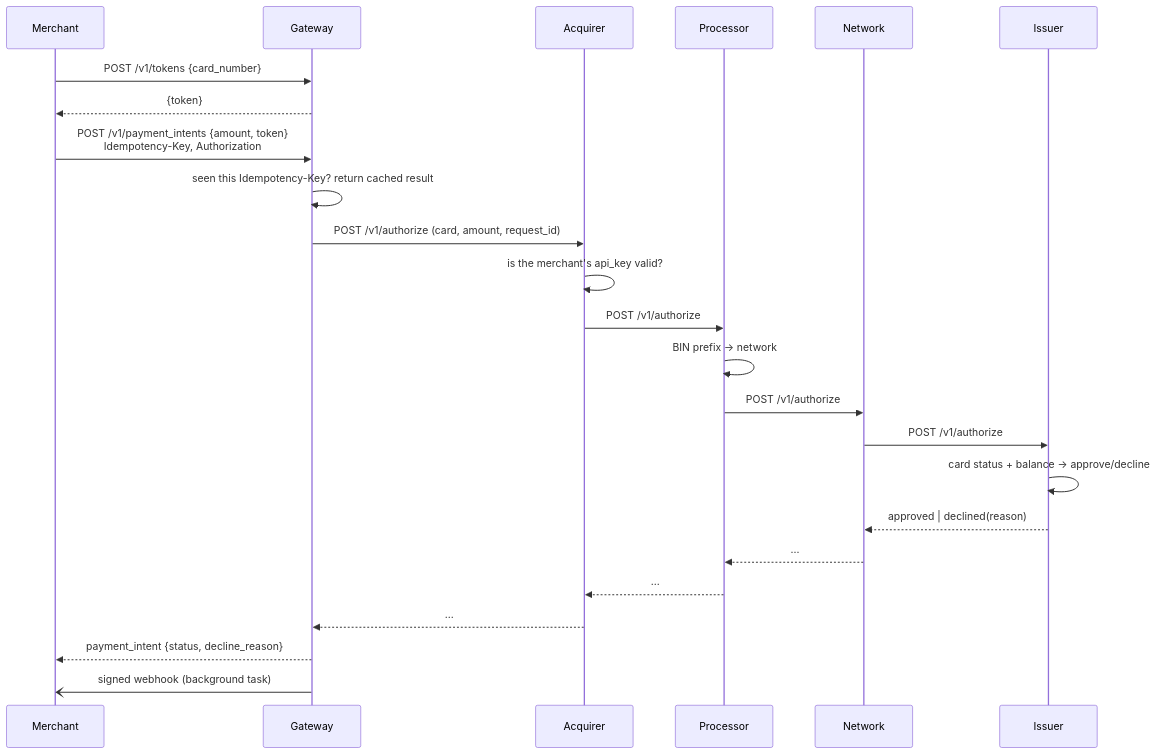
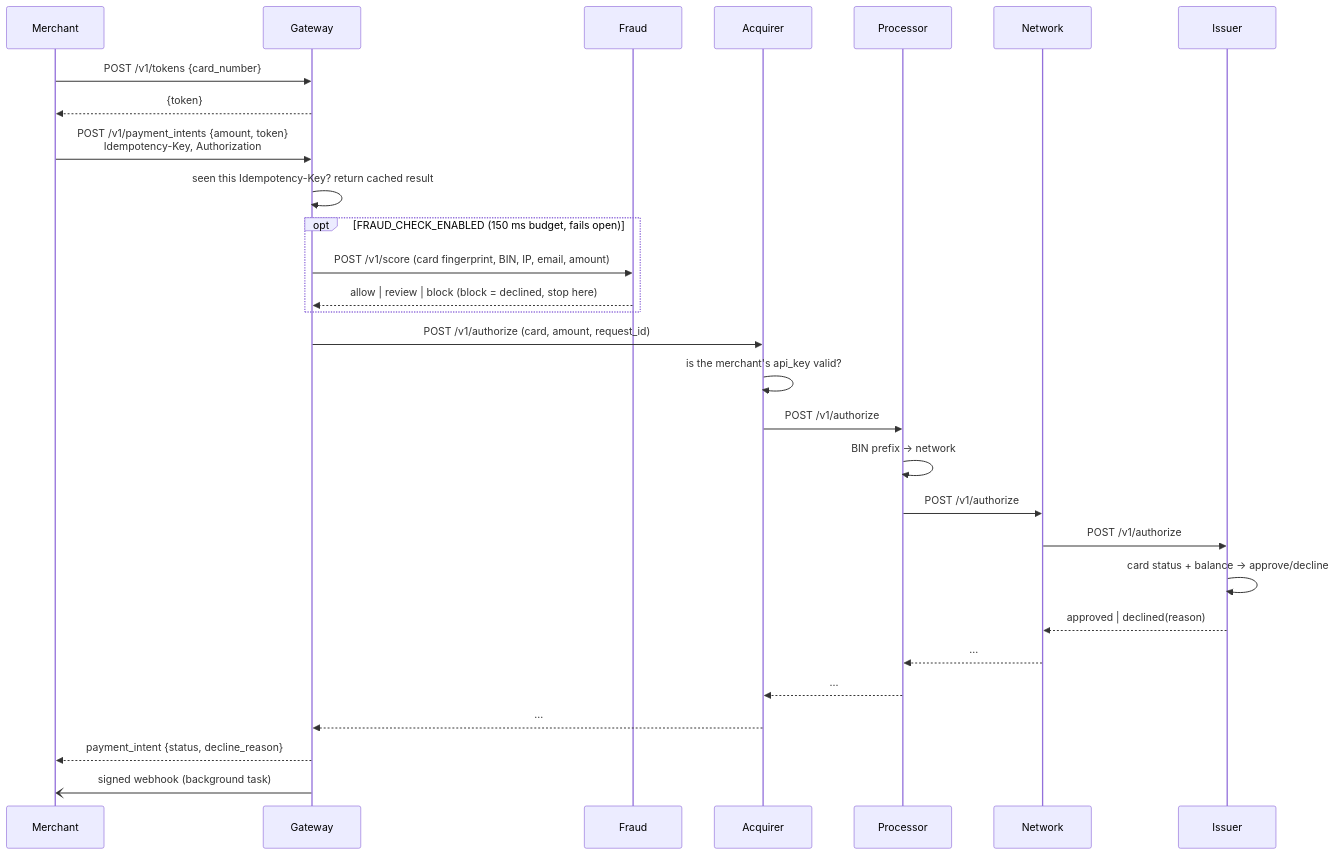
Before and after one commit to Anveeksha15/CARD_LIFECYCLE: the first of 2 diagrams in README.md, drawn with Mermaid. The commit also changed other lines of this file and 5 other files, not shown here.

````diff
--- a/README.md
+++ b/README.md
@@ -35,27 +42,32 @@
 ```mermaid
 sequenceDiagram
     participant Merchant
     participant Gateway
+    participant Fraud
     participant Acquirer
     participant Processor
     participant Network
     participant Issuer
 
     Merchant->>Gateway: POST /v1/tokens {card_number}
     Gateway-->>Merchant: {token}
     Merchant->>Gateway: POST /v1/payment_intents {amount, token}<br/>Idempotency-Key, Authorization
     Gateway->>Gateway: seen this Idempotency-Key? return cached result
+    opt FRAUD_CHECK_ENABLED (150 ms budget, fails open)
+        Gateway->>Fraud: POST /v1/score (card fingerprint, BIN, IP, email, amount)
+        Fraud-->>Gateway: allow | review | block (block = declined, stop here)
+    end
     Gateway->>Acquirer: POST /v1/authorize (card, amount, request_id)
     Acquirer->>Acquirer: is the merchant's api_key valid?
     Acquirer->>Processor: POST /v1/authorize
     Processor->>Processor: BIN prefix -> network
     Processor->>Network: POST /v1/authorize
     Network->>Issuer: POST /v1/authorize
     Issuer->>Issuer: card status + balance -> approve/decline
     Issuer-->>Network: approved | declined(reason)
     Network-->>Processor: ...
     Processor-->>Acquirer: ...
     Acquirer-->>Gateway: ...
     Gateway-->>Merchant: payment_intent {status, decline_reason}
     Gateway-)Merchant: signed webhook (background task)
 ```
````
